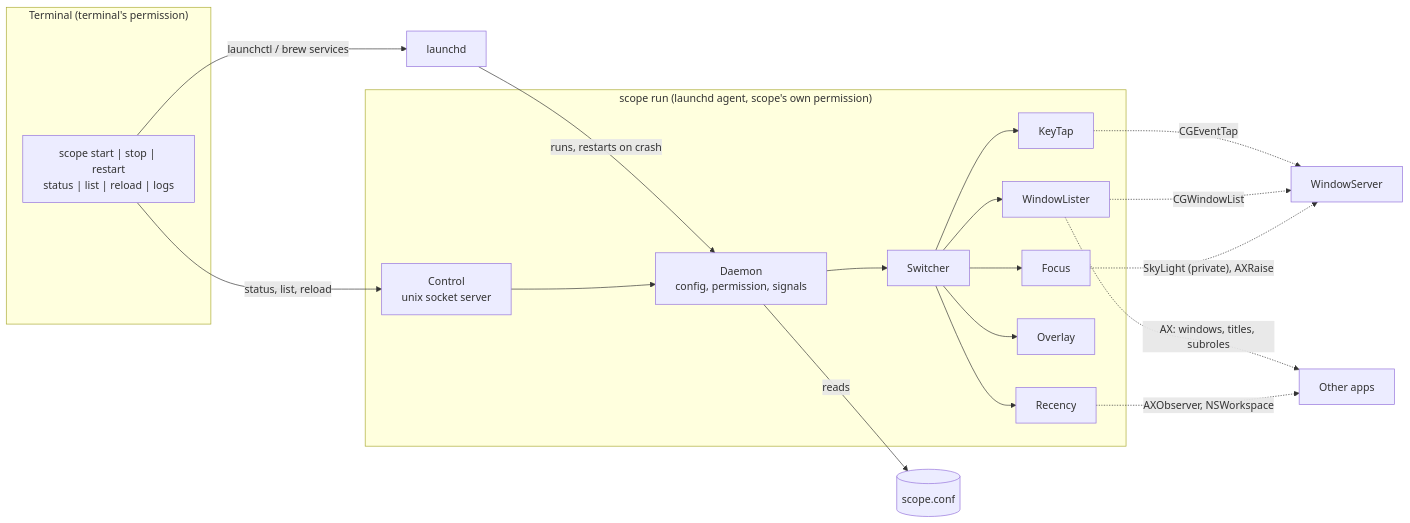
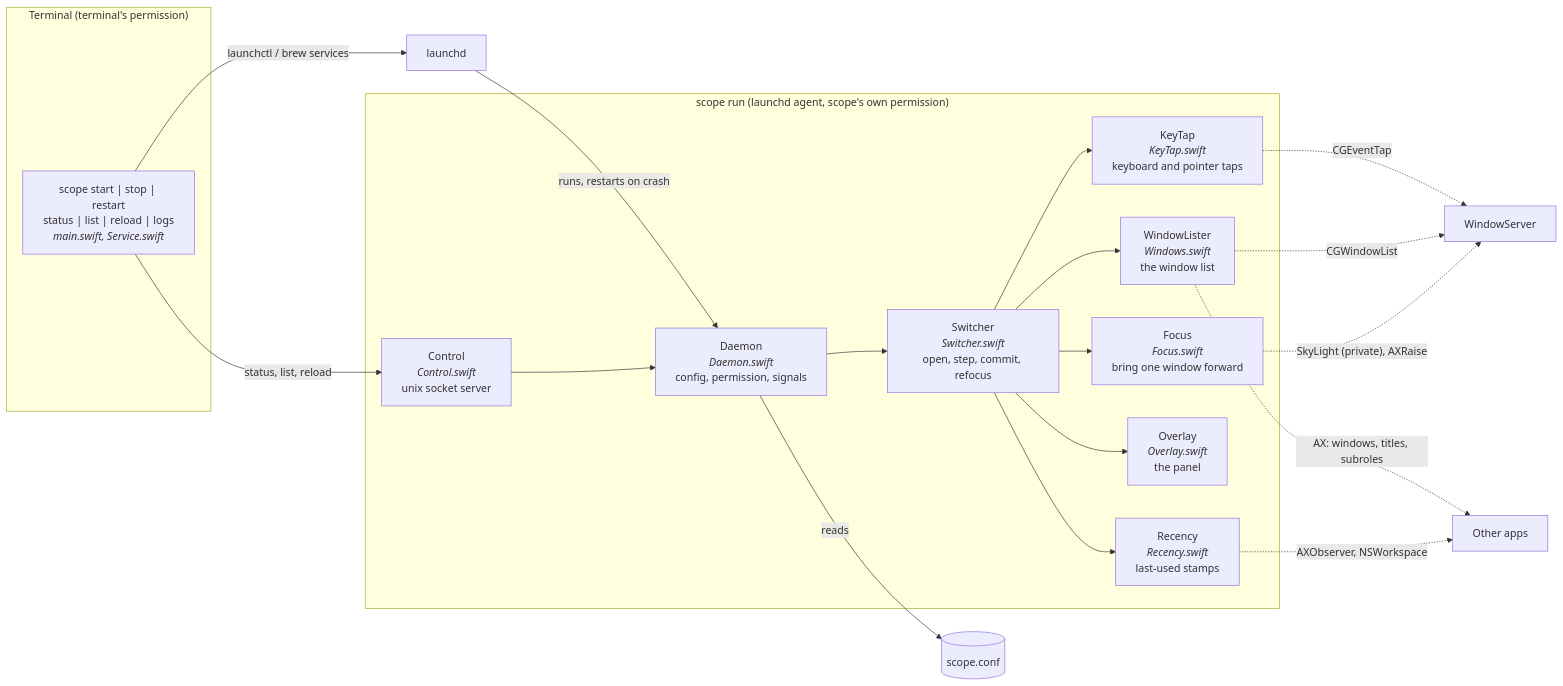
The first of 2 diagrams in IMPLEMENTATION.md (np25071984/Scope), drawn with Mermaid before and after one commit. The commit also changed other lines of this file, not shown here.

First line of the commit message:
Name each architecture box after its source file

````diff
--- a/IMPLEMENTATION.md
+++ b/IMPLEMENTATION.md
@@ -7,35 +7,35 @@
 ```mermaid
 flowchart LR
     subgraph shell["Terminal (terminal's permission)"]
-        CLI["scope start | stop | restart<br/>status | list | reload | logs"]
+        CLI["scope start | stop | restart<br/>status | list | reload | logs<br/><i>main.swift, Service.swift</i>"]
     end
 
     subgraph service["scope run (launchd agent, scope's own permission)"]
-        Daemon["Daemon<br/>config, permission, signals"]
-        Control["Control<br/>unix socket server"]
-        Switcher
-        KeyTap
-        WindowLister
-        Recency
-        Overlay
-        Focus
+        Daemon["Daemon<br/><i>Daemon.swift</i><br/>config, permission, signals"]
+        Control["Control<br/><i>Control.swift</i><br/>unix socket server"]
+        Switcher["Switcher<br/><i>Switcher.swift</i><br/>open, step, commit, refocus"]
+        KeyTap["KeyTap<br/><i>KeyTap.swift</i><br/>keyboard and pointer taps"]
+        WindowLister["WindowLister<br/><i>Windows.swift</i><br/>the window list"]
+        Recency["Recency<br/><i>Recency.swift</i><br/>last-used stamps"]
+        Overlay["Overlay<br/><i>Overlay.swift</i><br/>the panel"]
+        Focus["Focus<br/><i>Focus.swift</i><br/>bring one window forward"]
     end
 
     CLI -- "launchctl / brew services" --> launchd
     launchd -- "runs, restarts on crash" --> Daemon
     CLI -- "status, list, reload" --> Control
     Control --> Daemon
     Daemon -- "reads" --> Conf[("scope.conf")]
     Daemon --> Switcher
     Switcher --> KeyTap
     Switcher --> WindowLister
     Switcher --> Recency
     Switcher --> Overlay
     Switcher --> Focus
 
     KeyTap -. "CGEventTap" .-> WS["WindowServer"]
     WindowLister -. "CGWindowList" .-> WS
     WindowLister -. "AX: windows, titles, subroles" .-> Apps["Other apps"]
     Recency -. "AXObserver, NSWorkspace" .-> Apps
     Focus -. "SkyLight (private), AXRaise" .-> WS
 ```
````
